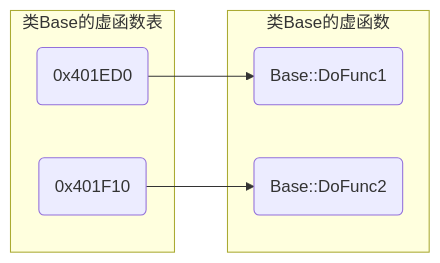
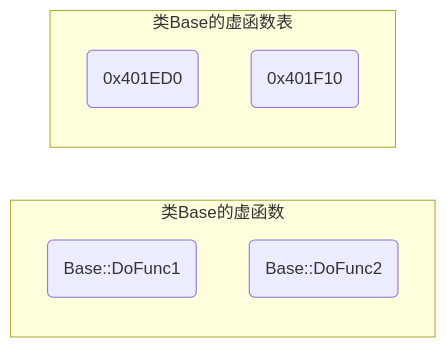
Before and after one commit to dmjcb/SelfBlog: the first of 2 diagrams in Language/C&C++/C++/OOP/多态/2024-09-10-虚函数.md, drawn with Mermaid. The commit also changed other lines of this file and 224 other files, not shown here.

````diff
--- a/Language/C&C++/C++/OOP/多态/2024-09-10-虚函数.md
+++ b/Language/C&C++/C++/OOP/多态/2024-09-10-虚函数.md
@@ -83,15 +83,13 @@
 ```mermaid
 graph LR
     subgraph 类Base的虚函数
         A(Base::DoFunc1) 
         B(Base::DoFunc2)
     end
 
     subgraph 类Base的虚函数表
         C(0x401ED0)
         D(0x401F10)
 
-        C-->A
-        D-->B
     end
 ```
````
